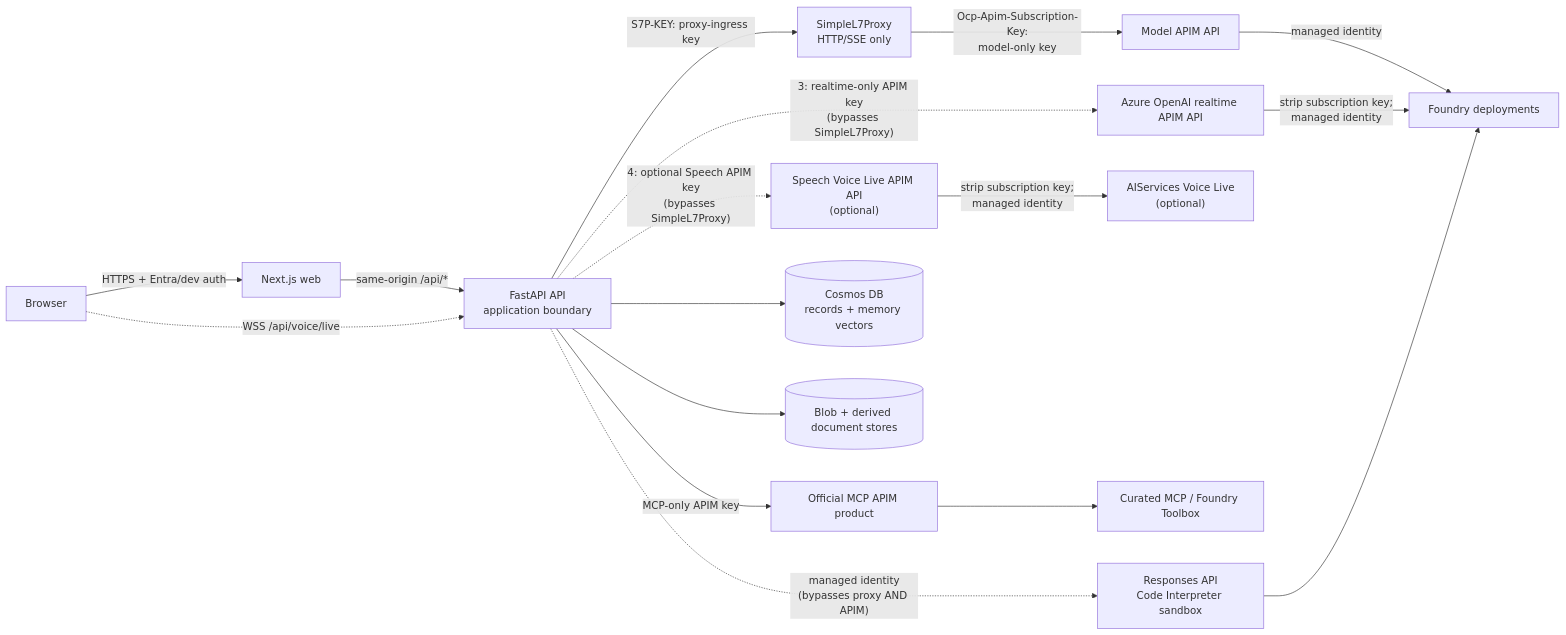
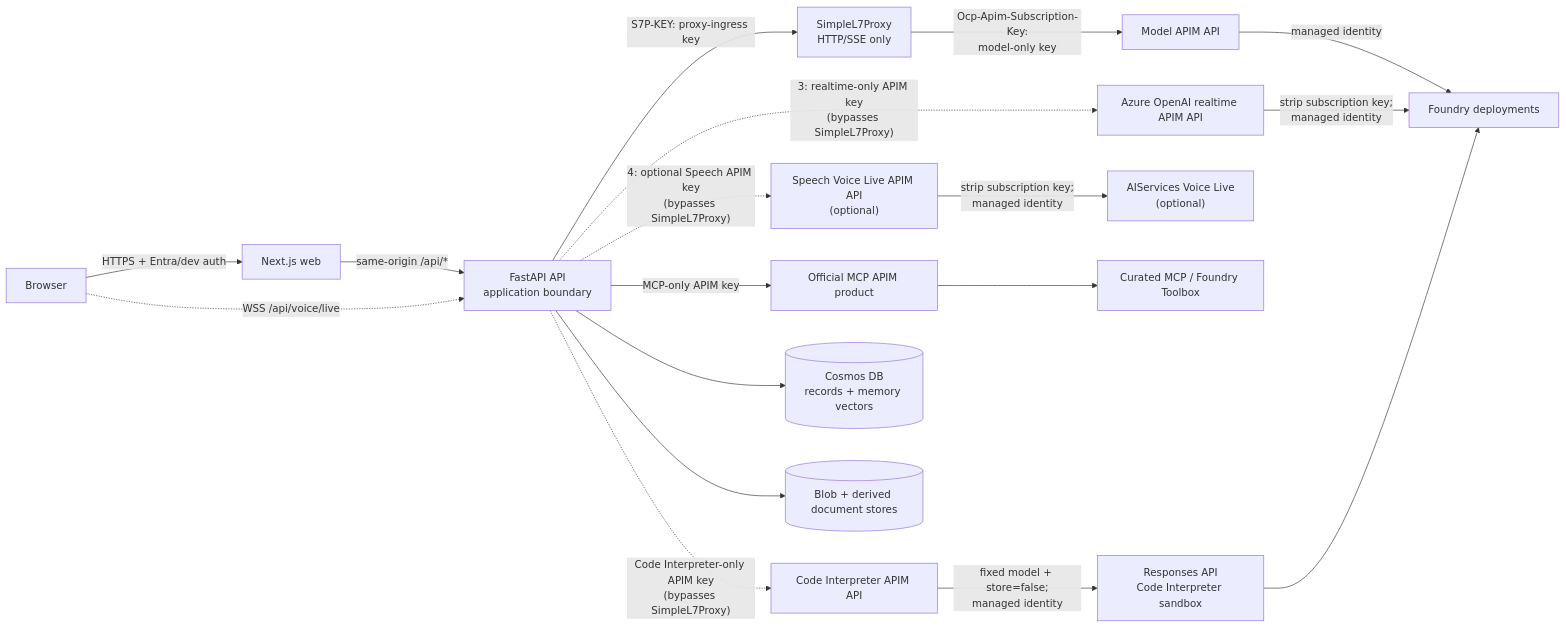
Before and after one commit to ian-t-adams/AI4IA: the diagram in docs/architecture.md, drawn with Mermaid. The commit also changed other lines of this file and 101 other files, not shown here.

````diff
--- a/docs/architecture.md
+++ b/docs/architecture.md
@@ -75,34 +70,36 @@
 ```mermaid
 flowchart LR
   B["Browser"]
   W["Next.js web"]
   A["FastAPI API<br/>application boundary"]
   P["SimpleL7Proxy<br/>HTTP/SSE only"]
   G["Model APIM API"]
   R["Azure OpenAI realtime APIM API"]
   V["Speech Voice Live APIM API<br/>(optional)"]
+  I["Code Interpreter APIM API"]
   M["Official MCP APIM product"]
   F["Foundry deployments"]
   S["AIServices Voice Live<br/>(optional)"]
   T["Curated MCP / Foundry Toolbox"]
   X["Responses API<br/>Code Interpreter sandbox"]
   C[("Cosmos DB<br/>records + memory vectors")]
   D[("Blob + derived document stores")]
 
   B -->|"HTTPS + Entra/dev auth"| W
   W -->|"same-origin /api/*"| A
   B -. "WSS /api/voice/live" .-> A
   A -->|"S7P-KEY: proxy-ingress key"| P
   P -->|"Ocp-Apim-Subscription-Key:<br/>model-only key"| G
   G -->|"managed identity"| F
   A -. "3: realtime-only APIM key<br/>(bypasses SimpleL7Proxy)" .-> R
   R -->|"strip subscription key;<br/>managed identity"| F
   A -. "4: optional Speech APIM key<br/>(bypasses SimpleL7Proxy)" .-> V
   V -->|"strip subscription key;<br/>managed identity"| S
   A -->|"MCP-only APIM key"| M
   M --> T
-  A -. "managed identity<br/>(bypasses proxy AND APIM)" .-> X
+  A -. "Code Interpreter-only APIM key<br/>(bypasses SimpleL7Proxy)" .-> I
+  I -->|"fixed model + store=false;<br/>managed identity"| X
   X --> F
   A --> C
   A --> D
 ```
````
